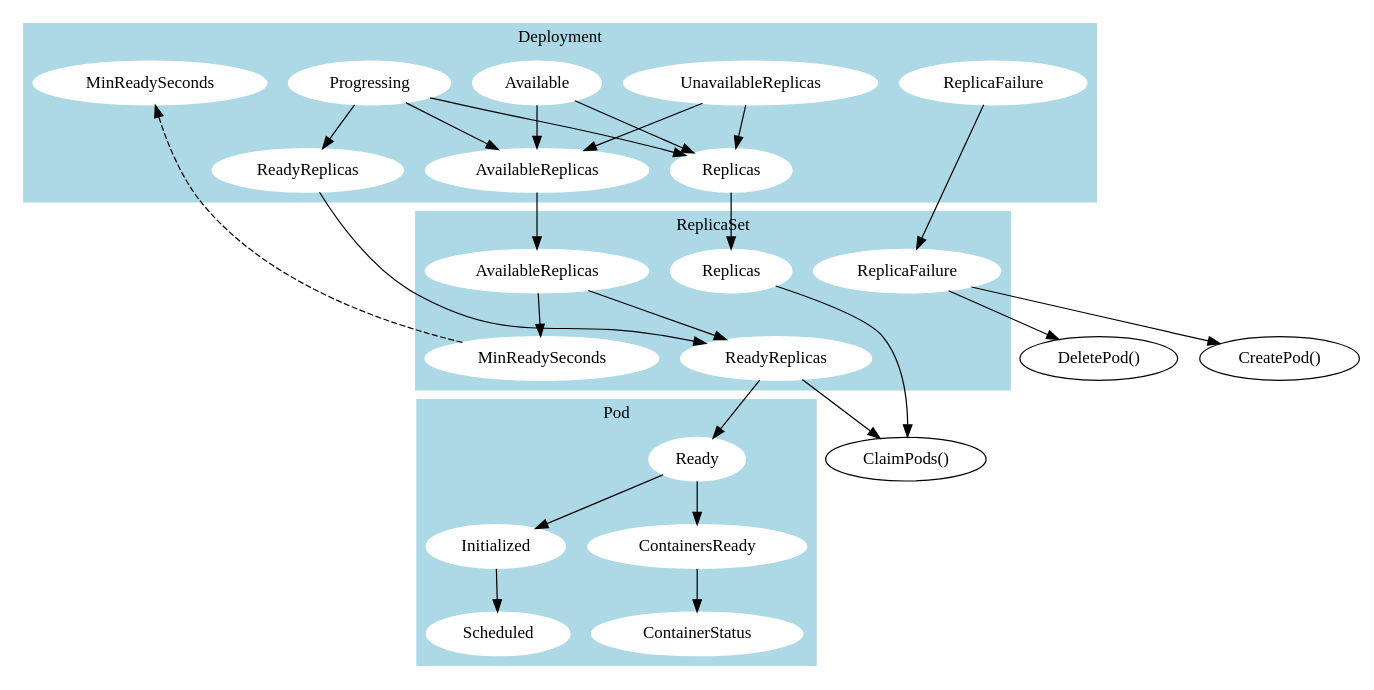
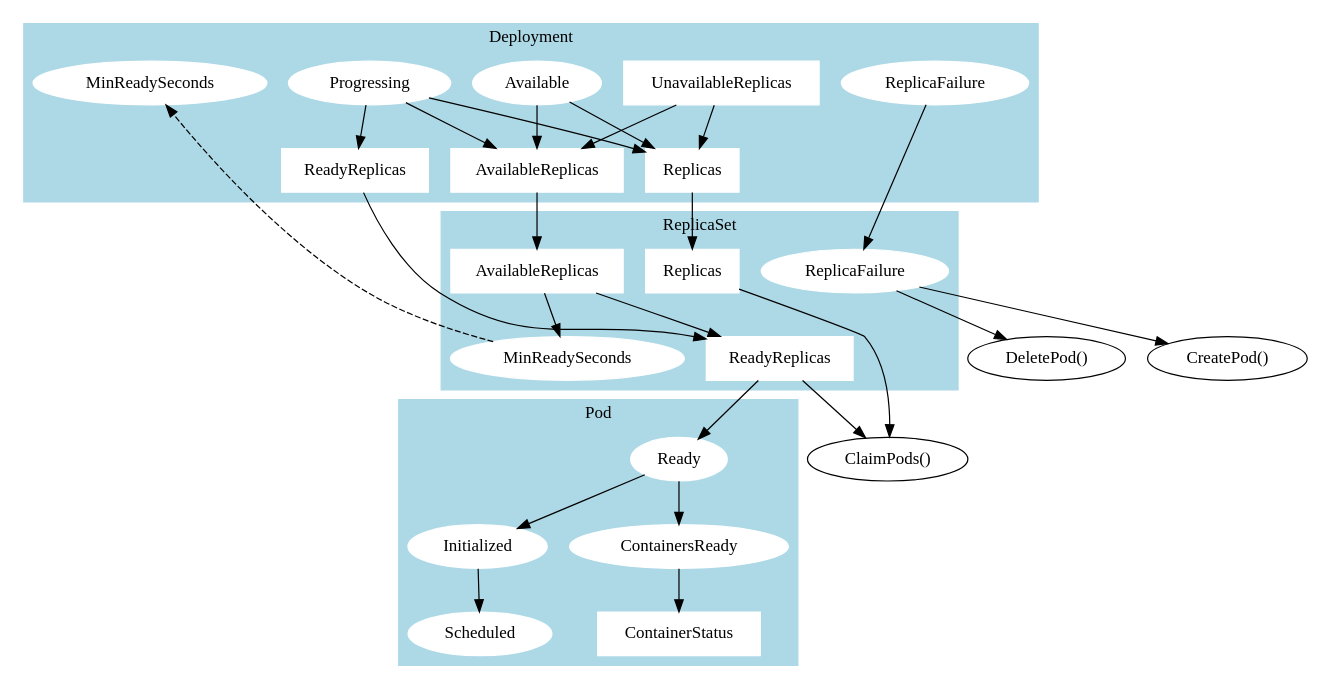
One commit to jonjohnsonjr/graphviz changed the diagram in src/deployment.dot. Above: the diagram before and after it, drawn with Graphviz. The commit also changed 1 other file, not shown here.

Commit message:
Distinguish conditions

```diff
--- a/src/deployment.dot
+++ b/src/deployment.dot
@@ -1,86 +1,100 @@
 digraph DeploymentLifecycle {
   subgraph cluster_deployment {
     label = "Deployment";
     style = filled
     color = lightblue
     node [style=filled,color=white];
 
+    // Conditions
     DeploymentAvailable [label=Available, href="https://godoc.org/k8s.io/api/apps/v1#DeploymentAvailable"]
     DeploymentProgressing [label=Progressing, href="https://godoc.org/k8s.io/api/apps/v1#DeploymentProgressing"]
     DeploymentReplicaFailure [label=ReplicaFailure, href="https://godoc.org/k8s.io/api/apps/v1#DeploymentReplicaFailure"]
 
-    DeploymentReplicas [label=Replicas, href="https://godoc.org/k8s.io/kubernetes/pkg/apis/apps#DeploymentStatus"]
-    DeploymentReadyReplicas [label=ReadyReplicas, href="https://godoc.org/k8s.io/kubernetes/pkg/apis/apps#DeploymentStatus"]
-    DeploymentAvailableReplicas [label=AvailableReplicas, href="https://godoc.org/k8s.io/kubernetes/pkg/apis/apps#DeploymentStatus"]
-    DeploymentUnavailableReplicas [label=UnavailableReplicas, href="https://godoc.org/k8s.io/kubernetes/pkg/apis/apps#DeploymentStatus"]
+    // Status
+    DeploymentReplicas [label=Replicas, shape=box, href="https://godoc.org/k8s.io/kubernetes/pkg/apis/apps#DeploymentStatus"]
+    DeploymentReadyReplicas [label=ReadyReplicas, shape=box, href="https://godoc.org/k8s.io/kubernetes/pkg/apis/apps#DeploymentStatus"]
+    DeploymentAvailableReplicas [label=AvailableReplicas, shape=box, href="https://godoc.org/k8s.io/kubernetes/pkg/apis/apps#DeploymentStatus"]
+    DeploymentUnavailableReplicas [label=UnavailableReplicas, shape=box, href="https://godoc.org/k8s.io/kubernetes/pkg/apis/apps#DeploymentStatus"]
 
+    // Spec
     DeploymentMinReadySeconds [label=MinReadySeconds, href="https://godoc.org/k8s.io/api/apps/v1#DeploymentSpec"]
 
+    // Dependencies
     DeploymentProgressing -> DeploymentReplicas
     DeploymentProgressing -> DeploymentReadyReplicas
     DeploymentProgressing -> DeploymentAvailableReplicas
 
     DeploymentAvailable -> DeploymentAvailableReplicas
     DeploymentAvailable -> DeploymentReplicas
 
     DeploymentUnavailableReplicas -> DeploymentReplicas
     DeploymentUnavailableReplicas -> DeploymentAvailableReplicas
   }
 
   subgraph cluster_rs {
     label = "ReplicaSet";
     style = filled
     color = lightblue
     node [style=filled,color=white];
 
+    // Conditions
     ReplicaSetReplicaFailure [label=ReplicaFailure, href="https://godoc.org/k8s.io/api/apps/v1#ReplicaSetReplicaFailure"]
 
-    ReplicaSetReplicas [label=Replicas, href="https://godoc.org/k8s.io/kubernetes/pkg/apis/apps#ReplicaSetStatus"]
-    ReplicaSetReadyReplicas [label=ReadyReplicas, href="https://godoc.org/k8s.io/kubernetes/pkg/apis/apps#ReplicaSetStatus"]
-    ReplicaSetAvailableReplicas [label=AvailableReplicas, href="https://godoc.org/k8s.io/kubernetes/pkg/apis/apps#ReplicaSetStatus"]
+    // Status
+    ReplicaSetReplicas [label=Replicas, shape=box, href="https://godoc.org/k8s.io/kubernetes/pkg/apis/apps#ReplicaSetStatus"]
+    ReplicaSetReadyReplicas [label=ReadyReplicas, shape=box, href="https://godoc.org/k8s.io/kubernetes/pkg/apis/apps#ReplicaSetStatus"]
+    ReplicaSetAvailableReplicas [label=AvailableReplicas, shape=box, href="https://godoc.org/k8s.io/kubernetes/pkg/apis/apps#ReplicaSetStatus"]
 
+    // Spec
     ReplicaSetMinReadySeconds [label=MinReadySeconds, href="https://godoc.org/k8s.io/api/apps/v1#ReplicaSetSpec"]
 
+    // Dependencies
     ReplicaSetAvailableReplicas -> ReplicaSetMinReadySeconds
     ReplicaSetAvailableReplicas -> ReplicaSetReadyReplicas
   }
 
   subgraph cluster_pods {
     label = "Pod";
     style = filled
     color = lightblue
     node [style=filled,color=white];
 
+    // Conditions
     PodReady [label=Ready, href="https://godoc.org/k8s.io/api/core/v1#PodReady"]
     PodScheduled [label=Scheduled, href="https://godoc.org/k8s.io/api/core/v1#PodScheduled"]
     PodInitialized [label=Initialized, href="https://godoc.org/k8s.io/api/core/v1#PodInitialized"]
     ContainersReady [label=ContainersReady, href="https://godoc.org/k8s.io/api/core/v1#ContainersReady"]
-    ContainerStatus [label=ContainerStatus, href="https://godoc.org/k8s.io/api/core/v1#ContainerStatus"]
 
+    // Status
+    ContainerStatus [label=ContainerStatus, shape=box, href="https://godoc.org/k8s.io/api/core/v1#ContainerStatus"]
+
+    // Dependencies
     PodReady -> ContainersReady
     PodReady -> PodInitialized
     PodInitialized -> PodScheduled
 
     ContainersReady -> ContainerStatus
   }
 
+  // External dependencies
+  CreatePod [label="CreatePod()", href="https://github.com/kubernetes/kubernetes/blob/de8fb1c9f81b1bd48a0d25f866492acca2c199f0/pkg/controller/replicaset/replica_set.go#L466-L511"]
+  DeletePod [label="DeletePod()", href="https://github.com/kubernetes/kubernetes/blob/de8fb1c9f81b1bd48a0d25f866492acca2c199f0/pkg/controller/replicaset/replica_set.go#L512-L554"]
+  ClaimPods [label="ClaimPods()", href="https://github.com/kubernetes/kubernetes/blob/de8fb1c9f81b1bd48a0d25f866492acca2c199f0/pkg/controller/replicaset/replica_set.go#L590-L612"]
+
+  // Inter-object dependencies
   ReplicaSetReplicas -> ClaimPods
   ReplicaSetReadyReplicas -> ClaimPods
 
   ReplicaSetReadyReplicas -> PodReady
+
+  ReplicaSetReplicaFailure -> CreatePod
+  ReplicaSetReplicaFailure -> DeletePod
+
+  ReplicaSetMinReadySeconds -> DeploymentMinReadySeconds [style=dashed]
 
   DeploymentReplicas -> ReplicaSetReplicas
   DeploymentReadyReplicas -> ReplicaSetReadyReplicas
   DeploymentAvailableReplicas -> ReplicaSetAvailableReplicas
 
   DeploymentReplicaFailure -> ReplicaSetReplicaFailure
-
-  ReplicaSetReplicaFailure -> CreatePod
-  ReplicaSetReplicaFailure -> DeletePod
-
-  ReplicaSetMinReadySeconds -> DeploymentMinReadySeconds [style=dashed]
-
-  CreatePod [label="CreatePod()", href="https://github.com/kubernetes/kubernetes/blob/de8fb1c9f81b1bd48a0d25f866492acca2c199f0/pkg/controller/replicaset/replica_set.go#L466-L511"]
-  DeletePod [label="DeletePod()", href="https://github.com/kubernetes/kubernetes/blob/de8fb1c9f81b1bd48a0d25f866492acca2c199f0/pkg/controller/replicaset/replica_set.go#L512-L554"]
-  ClaimPods [label="ClaimPods()", href="https://github.com/kubernetes/kubernetes/blob/de8fb1c9f81b1bd48a0d25f866492acca2c199f0/pkg/controller/replicaset/replica_set.go#L590-L612"]
 }
```
